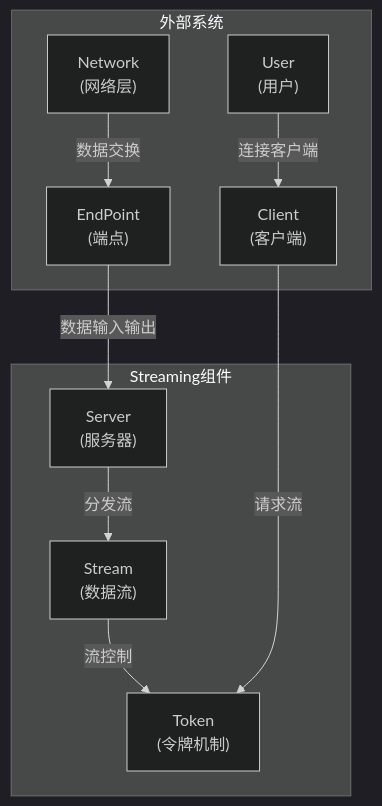
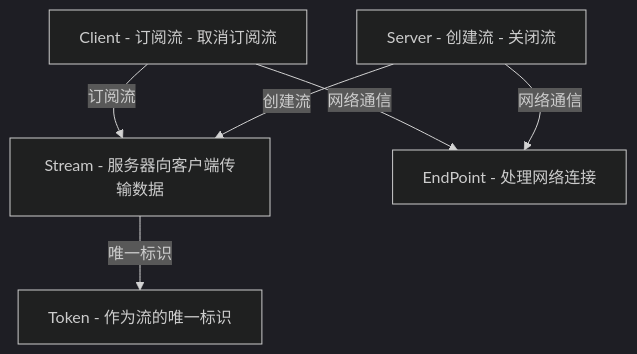
One commit to OpenHUTB/carla_doc changed the diagram in docs/modules/streaming.md. Above: the diagram before and after it, drawn with Mermaid (dark theme). The commit also changed other lines of this file, not shown here.

````diff
--- a/docs/modules/streaming.md
+++ b/docs/modules/streaming.md
@@ -143,18 +69,17 @@
 ```mermaid
-graph TD
-    %% 定义外部系统
-    subgraph 外部系统
-        Network["Network<br>(网络层)"] -->|数据交换| EndPoint["EndPoint<br>(端点)"]
-        User["User<br>(用户)"] -->|连接客户端| Client["Client<br>(客户端)"]
-    end
+flowchart TD
+    Client["Client - 订阅流 - 取消订阅流"]
+    Server["Server - 创建流 - 关闭流"]
+    Stream["Stream - 服务器向客户端传输数据"]
+    Token["Token - 作为流的唯一标识"]
+    EndPoint["EndPoint - 处理网络连接"]
 
-    %% 定义 Streaming 组件
-    subgraph Streaming组件
-        EndPoint -->|数据输入输出| Server["Server<br>(服务器)"]
-        Server -->|分发流| Stream["Stream<br>(数据流)"]
-        Stream -->|流控制| Token["Token<br>(令牌机制)"]
-        Client -->|请求流| Token
-    end
+    Client -->|订阅流| Stream
+    Server -->|创建流| Stream
+    Stream -->|唯一标识| Token
+    Client -->|网络通信| EndPoint
+    Server -->|网络通信| EndPoint
+
 
 
 ```
````
